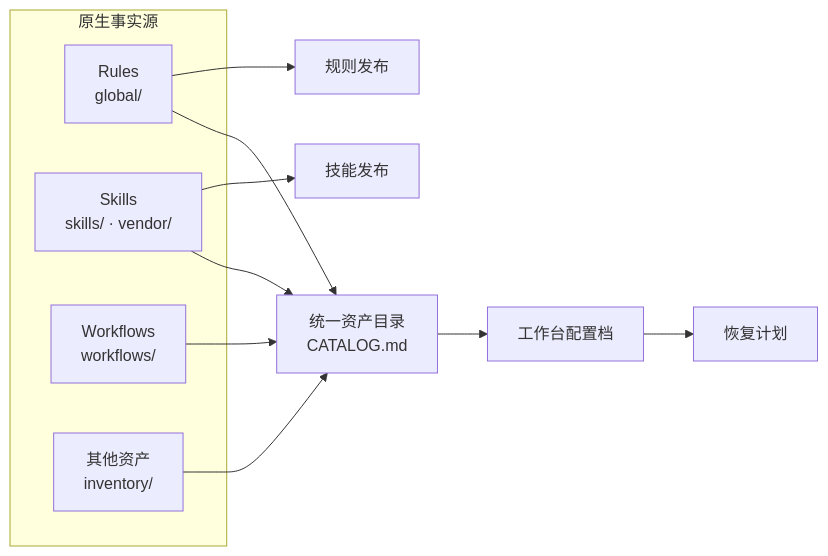
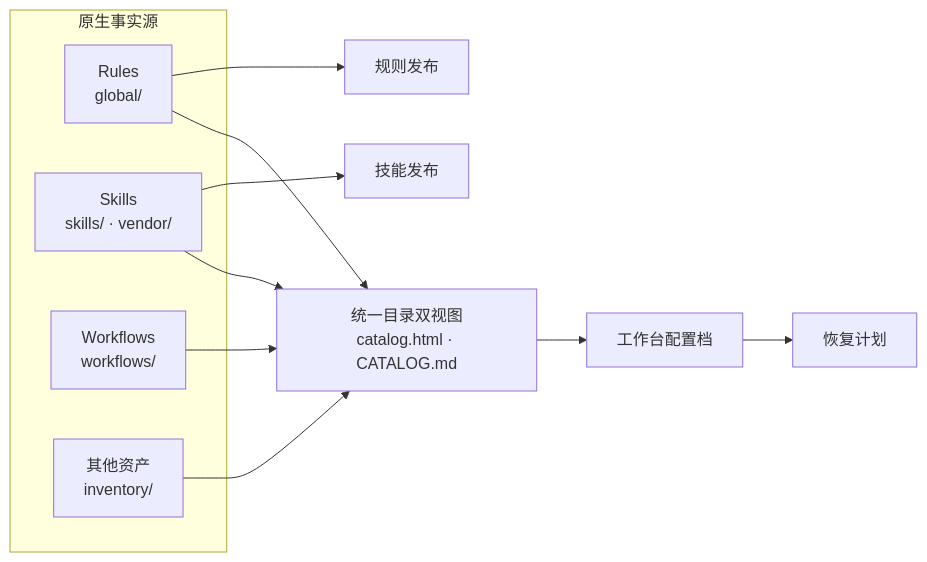
The diagram in README.md (XGWNJE/HarnessOS), drawn with Mermaid before and after one commit. The commit also changed other lines of this file and 8 other files, not shown here.

````diff
--- a/README.md
+++ b/README.md
@@ -20,19 +23,19 @@
 ```mermaid
 flowchart LR
     subgraph F[原生事实源]
         R[Rules<br/>global/]
         S[Skills<br/>skills/ · vendor/]
         W[Workflows<br/>workflows/]
         I[其他资产<br/>inventory/]
     end
 
-    R --> C[统一资产目录<br/>CATALOG.md]
+    R --> C[统一目录双视图<br/>catalog.html · CATALOG.md]
     S --> C
     W --> C
     I --> C
 
     R --> PR[规则发布]
     S --> PS[技能发布]
     C --> P[工作台配置档]
     P --> RP[恢复计划]
 ```
````
